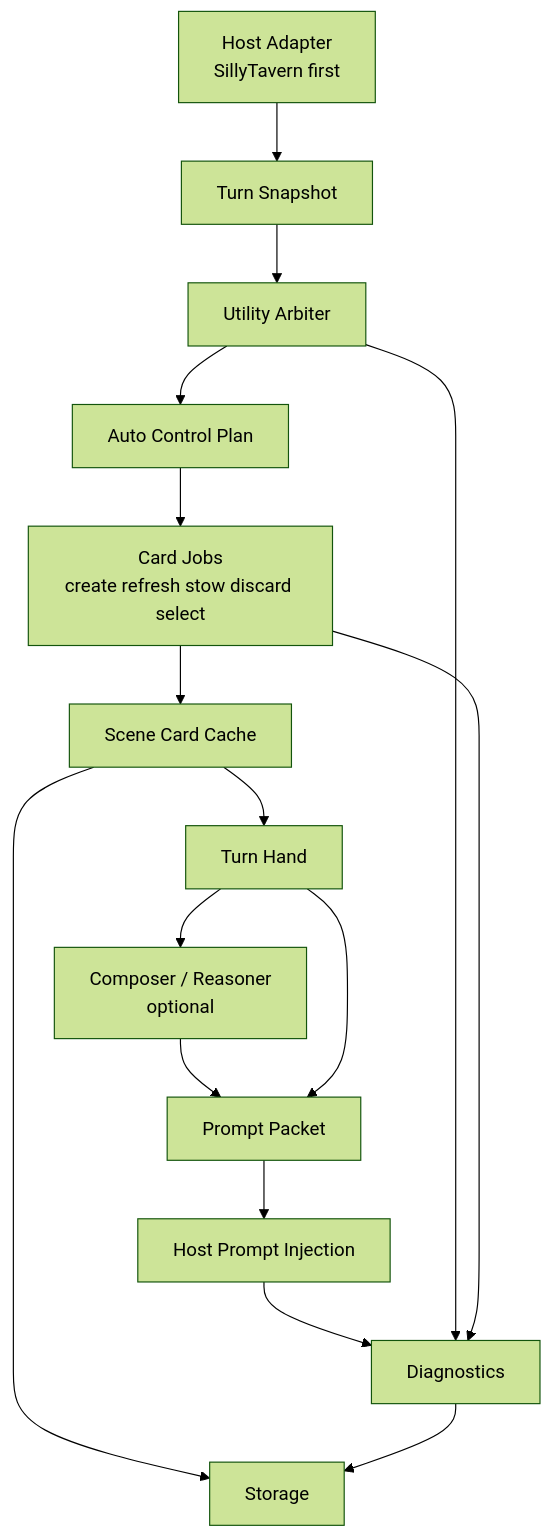
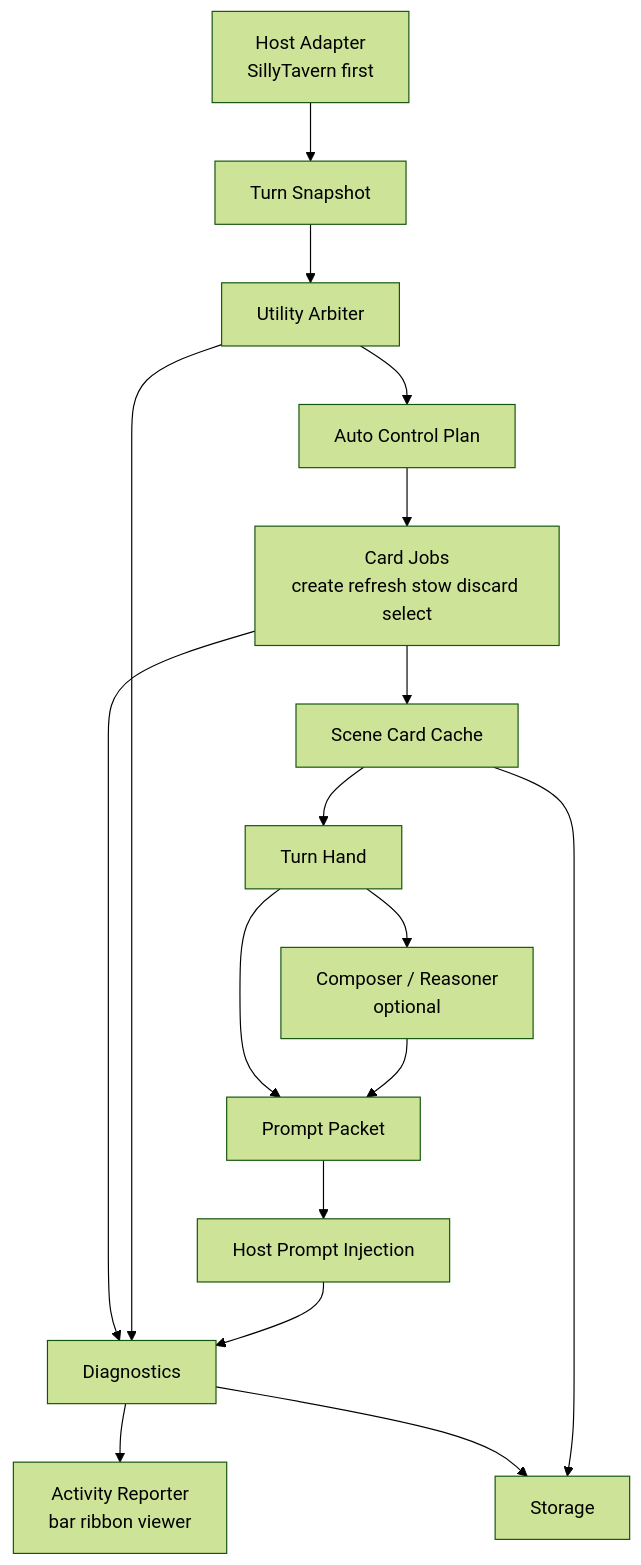
Before and after one commit to MentallyQuill/Recursion: the diagram in docs/architecture/RUNTIME_ARCHITECTURE.md, drawn with Mermaid (forest theme). The commit also changed other lines of this file and 14 other files, not shown here.

````diff
--- a/docs/architecture/RUNTIME_ARCHITECTURE.md
+++ b/docs/architecture/RUNTIME_ARCHITECTURE.md
@@ -32,18 +32,19 @@
 ```mermaid
 flowchart TD
     Host["Host Adapter\nSillyTavern first"] --> Snapshot["Turn Snapshot"]
     Snapshot --> Arbiter["Utility Arbiter"]
     Arbiter --> Plan["Auto Control Plan"]
     Plan --> Jobs["Card Jobs\ncreate refresh stow discard select"]
     Jobs --> Cache["Scene Card Cache"]
     Cache --> Hand["Turn Hand"]
     Hand --> Composer["Composer / Reasoner\noptional"]
     Composer --> Packet["Prompt Packet"]
     Hand --> Packet
     Packet --> Inject["Host Prompt Injection"]
     Inject --> Diag["Diagnostics"]
+    Diag --> Activity["Activity Reporter\nbar ribbon viewer"]
     Arbiter --> Diag
     Jobs --> Diag
     Cache --> Store["Storage"]
     Diag --> Store
 ```
````
